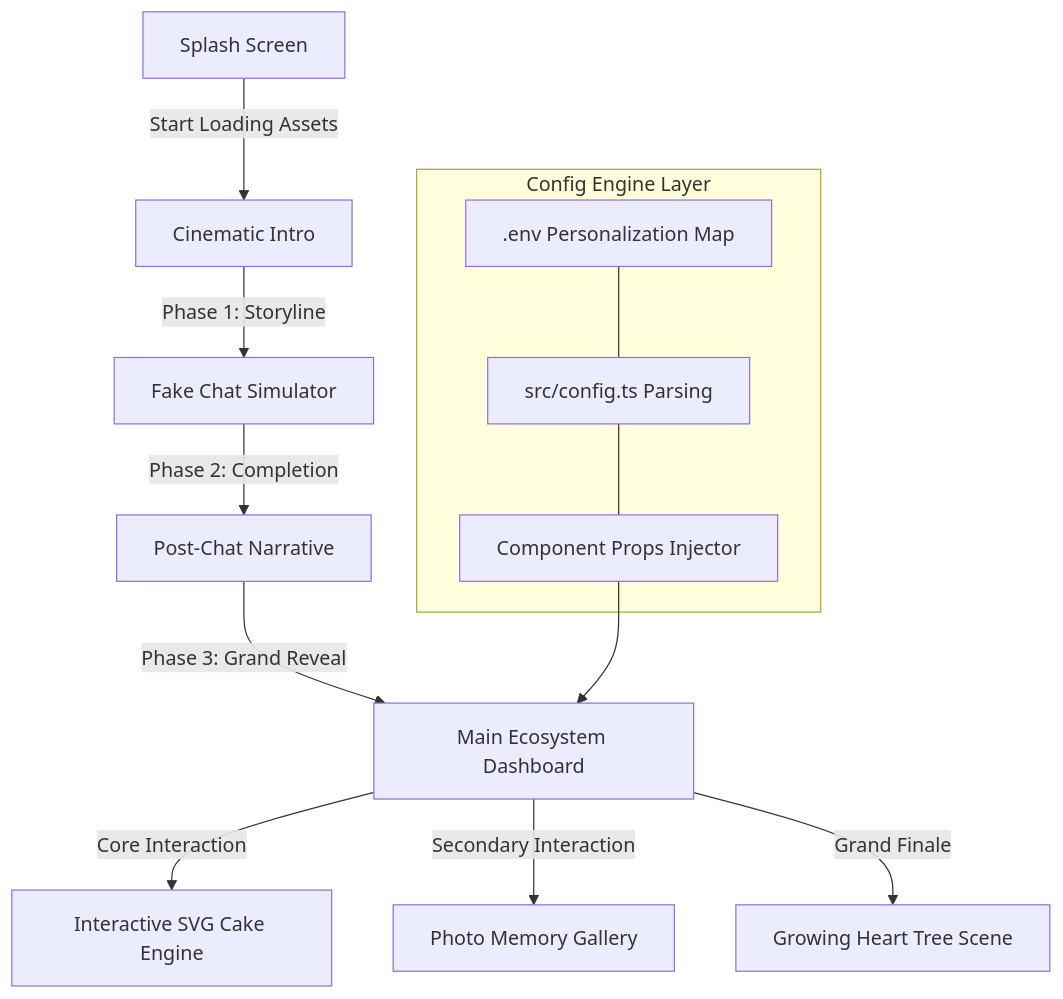
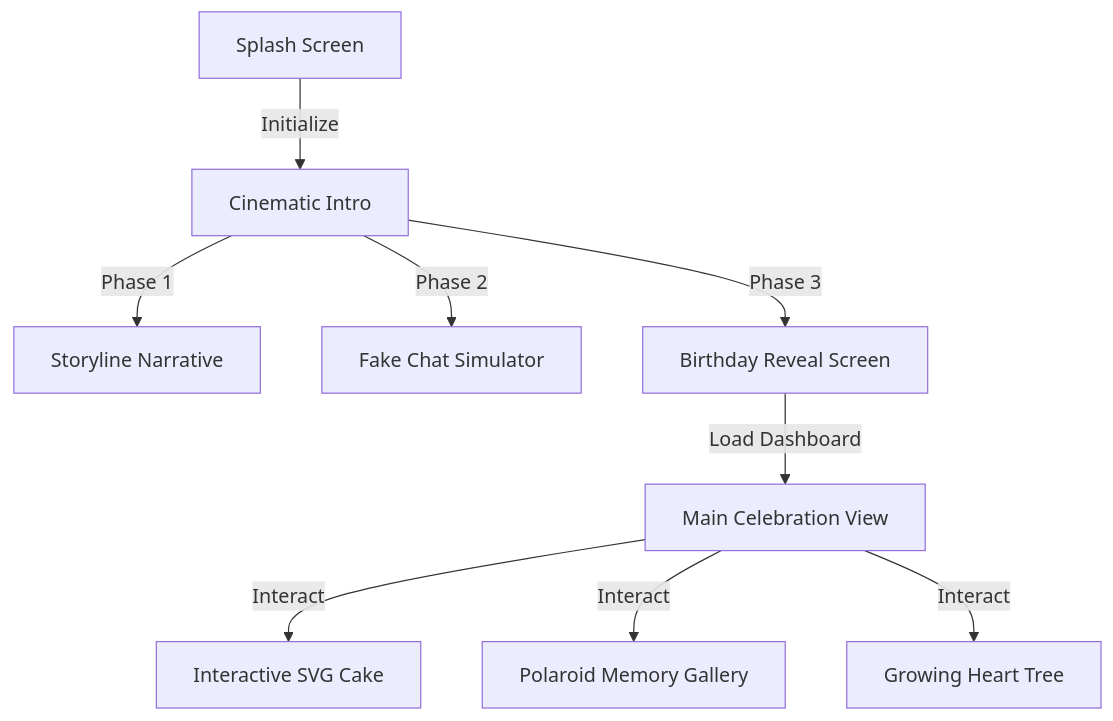
One commit to Lolz365/birthday-bloom changed the first of 6 diagrams in README.md. Above: the diagram before and after it, drawn with Mermaid. The commit also changed other lines of this file and 1 other file, not shown here.

````diff
--- a/README.md
+++ b/README.md
@@ -175,18 +174,12 @@
 ```mermaid
 graph TD
-    A[Splash Screen] -->|"Start Loading Assets"| B[Cinematic Intro]
-    B -->|"Phase 1: Storyline"| C[Fake Chat Simulator]
-    C -->|"Phase 2: Completion"| D[Post-Chat Narrative]
-    D -->|"Phase 3: Grand Reveal"| E[Main Ecosystem Dashboard]
+    Splash[Splash Screen] -->|Initialize| Intro[Cinematic Intro]
+    Intro -->|"Phase 1"| Story[Storyline Narrative]
+    Intro -->|"Phase 2"| Chat[Fake Chat Simulator]
+    Intro -->|"Phase 3"| Reveal[Birthday Reveal Screen]
+    Reveal -->|"Load Dashboard"| Main[Main Celebration View]
     
-    E -->|"Core Interaction"| F[Interactive SVG Cake Engine]
-    E -->|"Secondary Interaction"| G[Photo Memory Gallery]
-    E -->|"Grand Finale"| H[Growing Heart Tree Scene]
-    
-    subgraph Config Engine Layer
-    I[.env Personalization Map] --- J[src/config.ts Parsing]
-    J --- K[Component Props Injector]
-    end
-    
-    K --> E
+    Main -->|Interact| Cake[Interactive SVG Cake]
+    Main -->|Interact| Gallery[Polaroid Memory Gallery]
+    Main -->|Interact| HeartTree[Growing Heart Tree]
 ```
````
